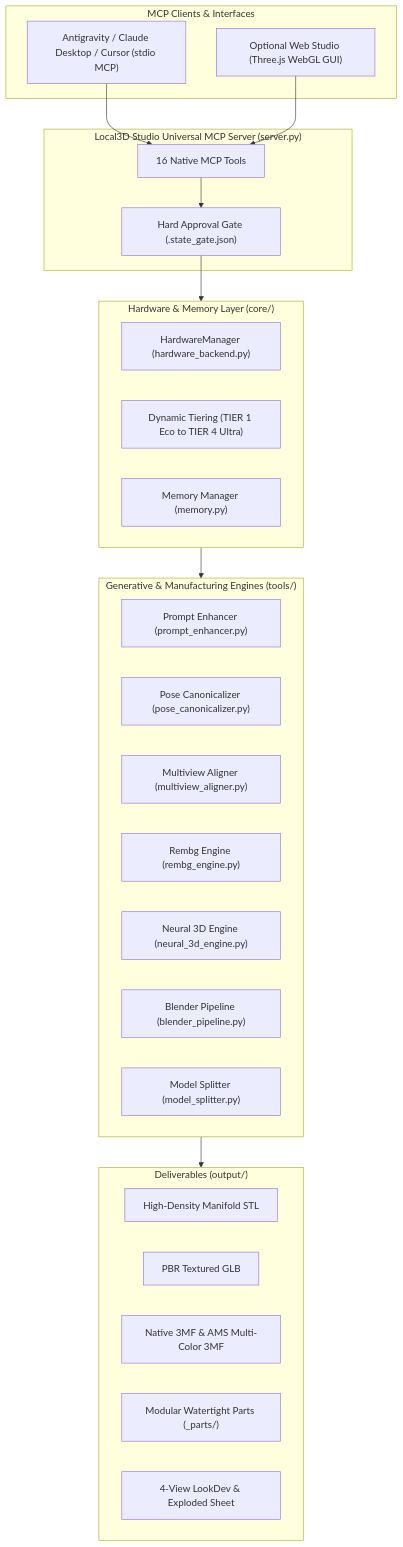
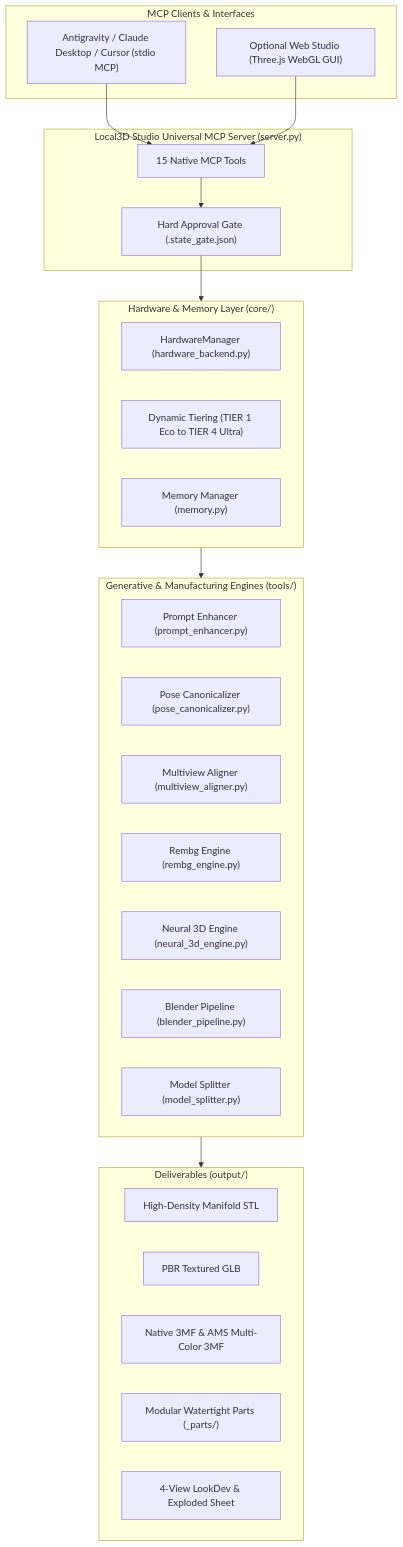
One commit to Jaco2308/Local3D_Studio changed the diagram in docs/ARCHITECTURE.md. Above: the diagram before and after it, drawn with Mermaid. The commit also changed other lines of this file and 3 other files, not shown here.

Commit message:
docs: align all documentation with 15 MCP tools and 3-step production pipeline

````diff
--- a/docs/ARCHITECTURE.md
+++ b/docs/ARCHITECTURE.md
@@ -9,43 +9,43 @@
 ```mermaid
 flowchart TD
     subgraph Client ["MCP Clients & Interfaces"]
         AGY["Antigravity / Claude Desktop / Cursor (stdio MCP)"]
         WEB["Optional Web Studio (Three.js WebGL GUI)"]
     end
 
     subgraph MCP ["Local3D Studio Universal MCP Server (server.py)"]
-        Router["16 Native MCP Tools"]
+        Router["15 Native MCP Tools"]
         Gate["Hard Approval Gate (.state_gate.json)"]
     end
 
     subgraph Core ["Hardware & Memory Layer (core/)"]
         HWM["HardwareManager (hardware_backend.py)"]
         Tier["Dynamic Tiering (TIER 1 Eco to TIER 4 Ultra)"]
         Mem["Memory Manager (memory.py)"]
     end
 
     subgraph Tools ["Generative & Manufacturing Engines (tools/)"]
         PE["Prompt Enhancer (prompt_enhancer.py)"]
         PC["Pose Canonicalizer (pose_canonicalizer.py)"]
         MVA["Multiview Aligner (multiview_aligner.py)"]
         RBG["Rembg Engine (rembg_engine.py)"]
         N3D["Neural 3D Engine (neural_3d_engine.py)"]
         BP["Blender Pipeline (blender_pipeline.py)"]
         MS["Model Splitter (model_splitter.py)"]
     end
 
     subgraph Output ["Deliverables (output/)"]
         STL["High-Density Manifold STL"]
         GLB["PBR Textured GLB"]
         TMF["Native 3MF & AMS Multi-Color 3MF"]
         PRT["Modular Watertight Parts (_parts/)"]
         LKD["4-View LookDev & Exploded Sheet"]
     end
 
     AGY --> Router
     WEB --> Router
     Router --> Gate
     Gate --> Core
     Core --> Tools
     Tools --> Output
 ```
````
